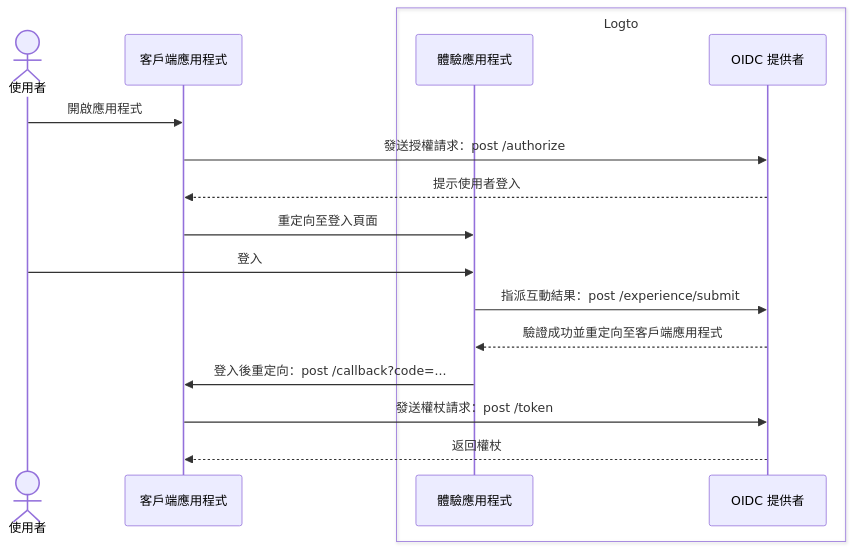
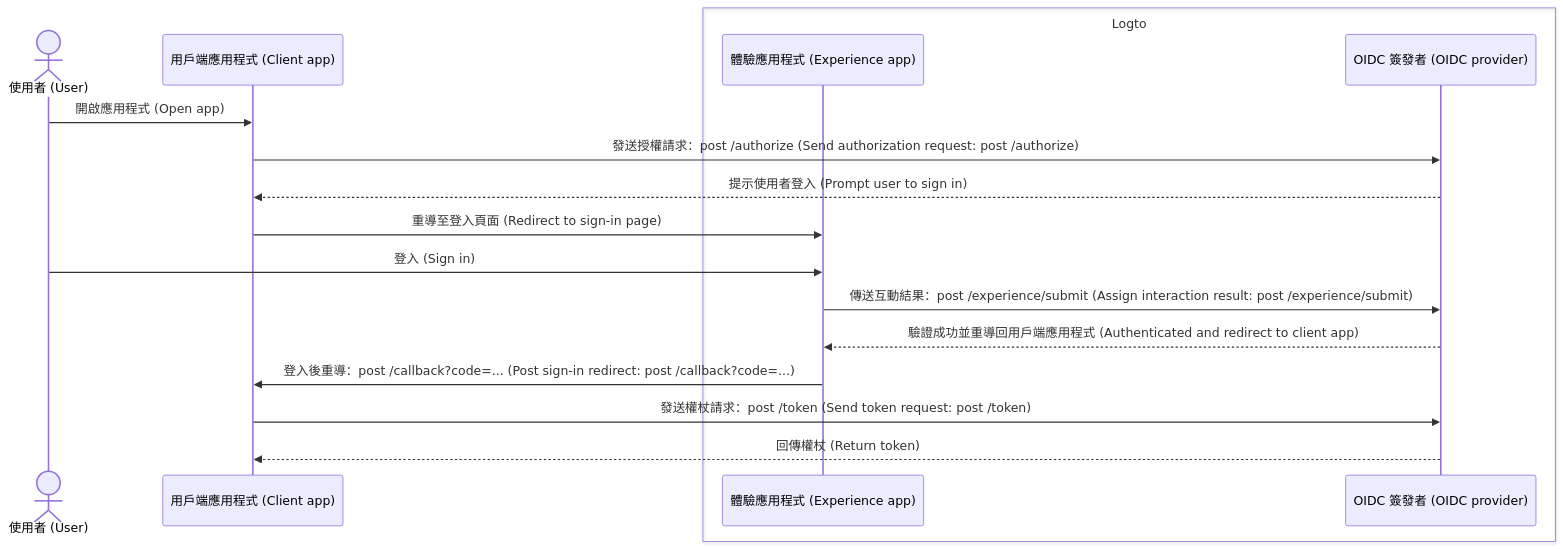
One commit to logto-io/docs changed the first of 2 diagrams in i18n/zh-TW/docusaurus-plugin-content-docs/current/end-user-flows/sign-up-and-sign-in/README.mdx. Above: the diagram before and after it, drawn with Mermaid. The commit also changed other lines of this file and 53 other files, not shown here.

````diff
--- a/i18n/zh-TW/docusaurus-plugin-content-docs/current/end-user-flows/sign-up-and-sign-in/README.mdx
+++ b/i18n/zh-TW/docusaurus-plugin-content-docs/current/end-user-flows/sign-up-and-sign-in/README.mdx
@@ -15,21 +15,21 @@
 ```mermaid
 sequenceDiagram
-  actor user as 使用者
-  participant client as 客戶端應用程式
+  actor user as 使用者 (User)
+  participant client as 用戶端應用程式 (Client app)
 
   box Logto
-    participant experience as 體驗應用程式
-    participant oidc as OIDC 提供者
+    participant experience as 體驗應用程式 (Experience app)
+    participant oidc as OIDC 簽發者 (OIDC provider)
   end
 
-  user ->> client: 開啟應用程式
-  client ->> oidc: 發送授權請求：post /authorize
-  oidc -->> client: 提示使用者登入
-  client ->> experience: 重定向至登入頁面
-  user ->> experience: 登入
-  experience ->> oidc: 指派互動結果：post /experience/submit
-  oidc -->> experience: 驗證成功並重定向至客戶端應用程式
-  experience ->> client: 登入後重定向：post /callback?code=...
-  client ->> oidc: 發送權杖請求：post /token
-  oidc -->> client: 返回權杖
+  user ->> client: 開啟應用程式 (Open app)
+  client ->> oidc: 發送授權請求：post /authorize (Send authorization request: post /authorize)
+  oidc -->> client: 提示使用者登入 (Prompt user to sign in)
+  client ->> experience: 重導至登入頁面 (Redirect to sign-in page)
+  user ->> experience: 登入 (Sign in)
+  experience ->> oidc: 傳送互動結果：post /experience/submit (Assign interaction result: post /experience/submit)
+  oidc -->> experience: 驗證成功並重導回用戶端應用程式 (Authenticated and redirect to client app)
+  experience ->> client: 登入後重導：post /callback?code=... (Post sign-in redirect:  post /callback?code=...)
+  client ->> oidc: 發送權杖請求：post /token (Send token request: post /token)
+  oidc -->> client: 回傳權杖 (Return token)
 ```
````
